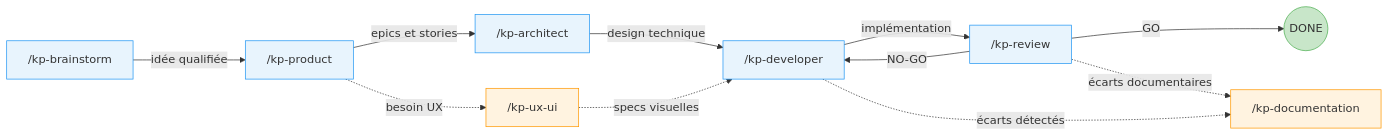
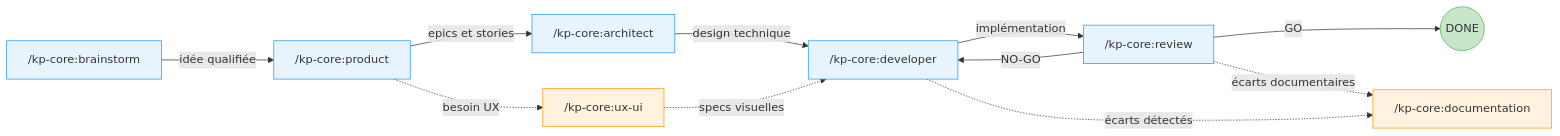
One commit to KeyProd/kp-agents changed the first of 8 diagrams in docs/agents.md. Above: the diagram before and after it, drawn with Mermaid. The commit also changed other lines of this file and 3 other files, not shown here.

First line of the commit message:
feat(S-0002): update documentation to reflect plugin marketplace architecture

````diff
--- a/docs/agents.md
+++ b/docs/agents.md
@@ -26,33 +25,33 @@
 ```mermaid
 flowchart LR
-    B["/kp-brainstorm"]
-    P["/kp-product"]
-    A["/kp-architect"]
-    D["/kp-developer"]
-    R["/kp-review"]
-    UX["/kp-ux-ui"]
-    DOC["/kp-documentation"]
+    B["/kp-core:brainstorm"]
+    P["/kp-core:product"]
+    A["/kp-core:architect"]
+    D["/kp-core:developer"]
+    R["/kp-core:review"]
+    UX["/kp-core:ux-ui"]
+    DOC["/kp-core:documentation"]
     FIN((DONE))
 
     B -->|idée qualifiée| P
     P -->|epics et stories| A
     A -->|design technique| D
     D -->|implémentation| R
     R -->|GO| FIN
 
     R -->|NO-GO| D
 
     P -.->|besoin UX| UX
     UX -.->|specs visuelles| D
     R -.->|écarts documentaires| DOC
     D -.->|écarts détectés| DOC
 
     style B fill:#e8f4fd,stroke:#2196F3
     style P fill:#e8f4fd,stroke:#2196F3
     style A fill:#e8f4fd,stroke:#2196F3
     style D fill:#e8f4fd,stroke:#2196F3
     style R fill:#e8f4fd,stroke:#2196F3
     style UX fill:#fff3e0,stroke:#FF9800
     style DOC fill:#fff3e0,stroke:#FF9800
     style FIN fill:#c8e6c9,stroke:#4CAF50
 ```
````
